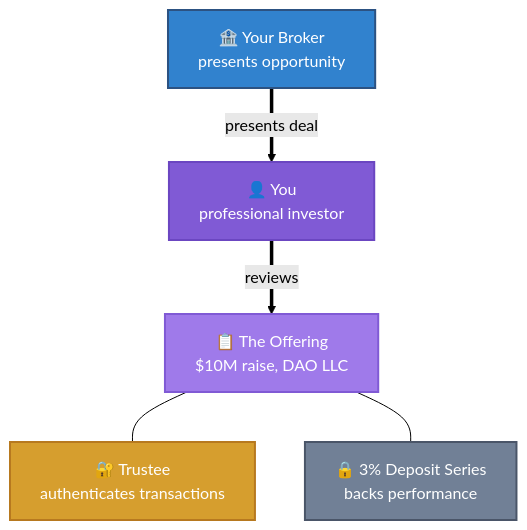
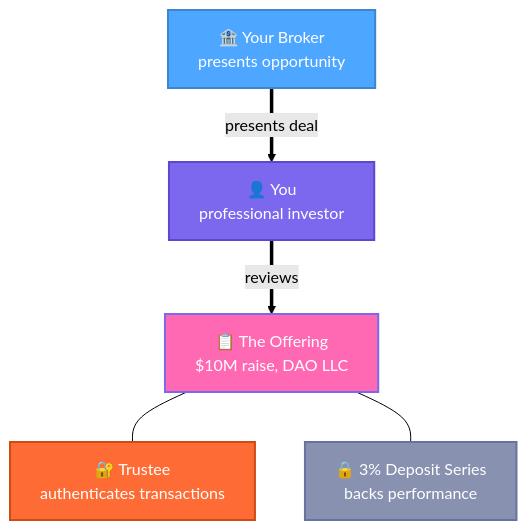
The seventh of 16 diagrams in hugo-site/content/players.md (hrbrlife/sailsto_website), drawn with Mermaid (forest theme) before and after one commit. The commit also changed other lines of this file and 9 other files, not shown here.

```diff
--- a/hugo-site/content/players.md
+++ b/hugo-site/content/players.md
@@ -346,17 +346,17 @@
         <div class="mermaid">
         flowchart TD
             BRK["🏦 Your Broker&lt;br/&gt;presents opportunity"]
             YOU["👤 You&lt;br/&gt;professional investor"]
             DEAL["📋 The Offering&lt;br/&gt;$10M raise, DAO LLC"]
             TRU["🔐 Trustee&lt;br/&gt;authenticates transactions"]
             DEP["🔒 3% Deposit Series&lt;br/&gt;backs performance"]
             BRK ==>|"presents deal"| YOU
             YOU ==>|"reviews"| DEAL
             DEAL --- TRU
             DEAL --- DEP
-            style BRK fill:#3182ce,color:#fff,stroke:#2c5282,stroke-width:2px
-            style YOU fill:#805ad5,color:#fff,stroke:#6b46c1,stroke-width:2px
-            style DEAL fill:#9f7aea,color:#fff,stroke:#805ad5,stroke-width:2px
-            style TRU fill:#d69e2e,color:#fff,stroke:#b7791f,stroke-width:2px
-            style DEP fill:#718096,color:#fff,stroke:#4a5568,stroke-width:2px
+            style BRK fill:#4DA6FF,color:#fff,stroke:#3D86CF,stroke-width:2px
+            style YOU fill:#7B68EE,color:#fff,stroke:#5B48CE,stroke-width:2px
+            style DEAL fill:#FF69B4,color:#fff,stroke:#7B68EE,stroke-width:2px
+            style TRU fill:#FF6B35,color:#fff,stroke:#CF4B15,stroke-width:2px
+            style DEP fill:#8892B0,color:#fff,stroke:#6872A0,stroke-width:2px
         </div>
```
